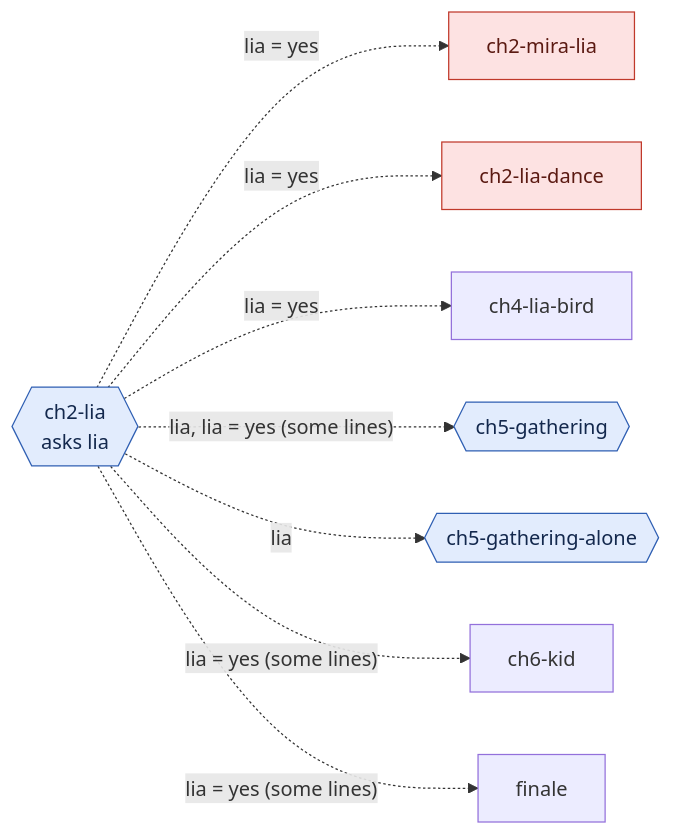
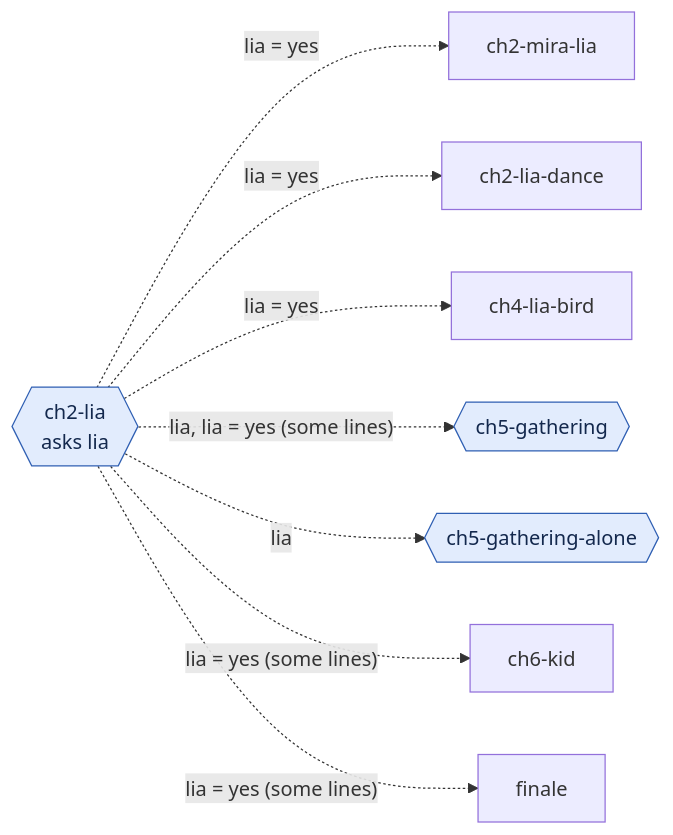
One commit to damicoedoardo/calisthenics-quest changed the third of 17 diagrams in src/story/graph.md. Above: the diagram before and after it, drawn with Mermaid. The commit also changed other lines of this file and 14 other files, not shown here.

First line of the commit message:
Story catches up when a boss falls early, and the graph test holds it

````diff
--- a/src/story/graph.md
+++ b/src/story/graph.md
@@ -133,20 +80,18 @@
 ```mermaid
 flowchart LR
   ch2_lia{{"ch2-lia<br/>asks lia"}}
   ch2_lia -.->|"lia = yes"| ch2_mira_lia["ch2-mira-lia"]
   ch2_lia -.->|"lia = yes"| ch2_lia_dance["ch2-lia-dance"]
   ch2_lia -.->|"lia = yes"| ch4_lia_bird["ch4-lia-bird"]
   ch2_lia -.->|"lia, lia = yes (some lines)"| ch5_gathering{{"ch5-gathering"}}
   ch2_lia -.->|"lia"| ch5_gathering_alone{{"ch5-gathering-alone"}}
   ch2_lia -.->|"lia = yes (some lines)"| ch6_kid["ch6-kid"]
   ch2_lia -.->|"lia = yes (some lines)"| finale["finale"]
   classDef lost fill:#fde2e2,stroke:#c0392b,color:#5b1a12
   classDef only fill:#fdf1d6,stroke:#c98a10,color:#4a3305
   classDef ask fill:#e2ecfd,stroke:#2f5fb3,color:#13284d
   classDef done fill:#e3f6e5,stroke:#2e8b3e,color:#123d19
   class ch2_lia ask
-  class ch2_mira_lia lost
-  class ch2_lia_dance lost
   class ch5_gathering ask
   class ch5_gathering_alone ask
 ```
````
